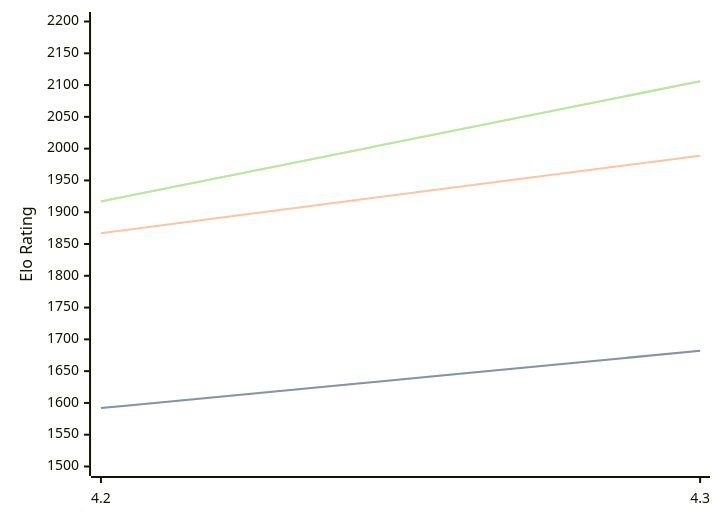
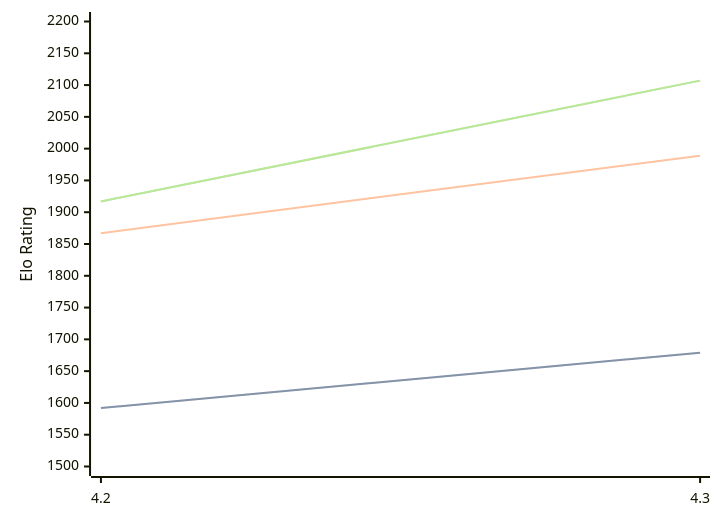
One commit to computer-chess-index/cci changed the diagram in engines/Radiance.md. Above: the diagram before and after it, drawn with Mermaid. The commit also changed other lines of this file, not shown here.

Commit message:
Update CCI Ratings (ELO VLTC) - 2026-04-09

````diff
--- a/engines/Radiance.md
+++ b/engines/Radiance.md
@@ -35,11 +35,11 @@
 ```mermaid
 %%{init: {"theme":"base","themeVariables":{"seriesColors:['#a3a3a3','#222221','#faa371']}}}%%
 xychart-beta
   x-axis ["4.2", "4.3"]
   y-axis "Elo Rating" 1500 --> 2200
-  line "STC (8.0+0.08s)" [1592, 1682]
-  line "STC (8.0+0.08s)" [1592, 1682]
+  line "STC (8.0+0.08s)" [1592, 1679]
+  line "STC (8.0+0.08s)" [1592, 1679]
   line "LTC (60.0+0.60s)" [1867, 1989]
-  line "VLTC (2m24s+1.12s)" [1917, 2106]
-  line "VLTC (2m24s+1.12s)" [1917, 2106]
+  line "VLTC (2m24s+1.12s)" [1917, 2107]
+  line "VLTC (2m24s+1.12s)" [1917, 2107]
 ```
````
